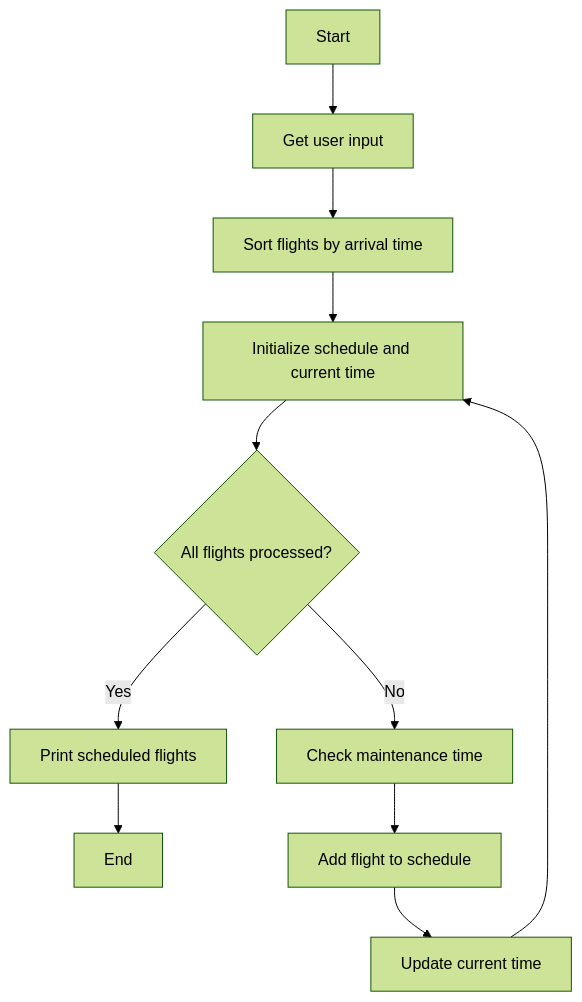
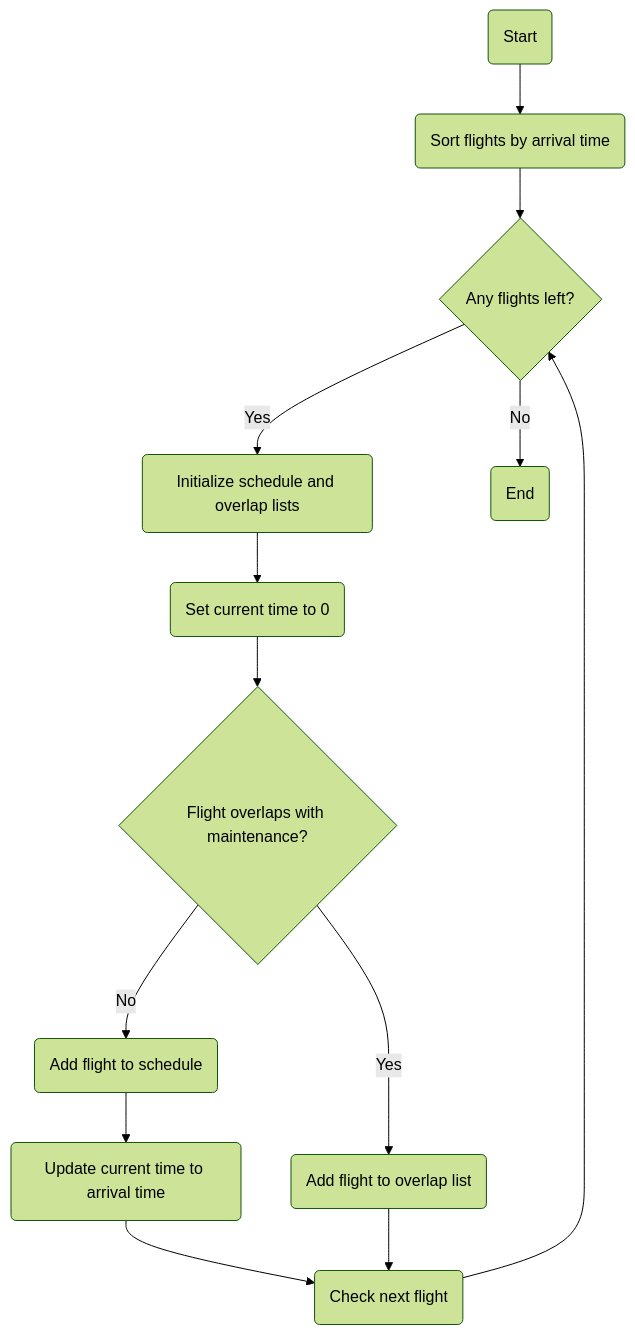
The diagram in docs/AI/flight-schedulling-greedy-search.md (algorithmaviator381/classroom), drawn with Mermaid (forest theme) before and after one commit. The commit also changed other lines of this file and 6 other files, not shown here.

````diff
--- a/docs/AI/flight-schedulling-greedy-search.md
+++ b/docs/AI/flight-schedulling-greedy-search.md
@@ -60,13 +55,15 @@
 ```mermaid
 graph TD;
-    A[Start] --> B[Get user input]
-    B --> C[Sort flights by arrival time]
-    C --> D[Initialize schedule and current time]
-    D --> E{All flights processed?}
-    E -- Yes --> I[Print scheduled flights]
-    I --> J[End]
-    E -- No --> F[Check maintenance time]
-    F --> G[Add flight to schedule]
-    G --> H[Update current time]
-    H --> D
+    A(Start) --> B(Sort flights by arrival time);
+    B --> C{Any flights left?};
+    C -->|Yes| D(Initialize schedule and overlap lists);
+    D --> E(Set current time to 0);
+    E --> F{Flight overlaps with maintenance?};
+    F -->|No| G(Add flight to schedule);
+    G --> H(Update current time to arrival time);
+    F -->|Yes| I(Add flight to overlap list);
+    H --> J(Check next flight);
+    I --> J;
+    J --> C;
+    C -->|No| K(End);
 ```
````
